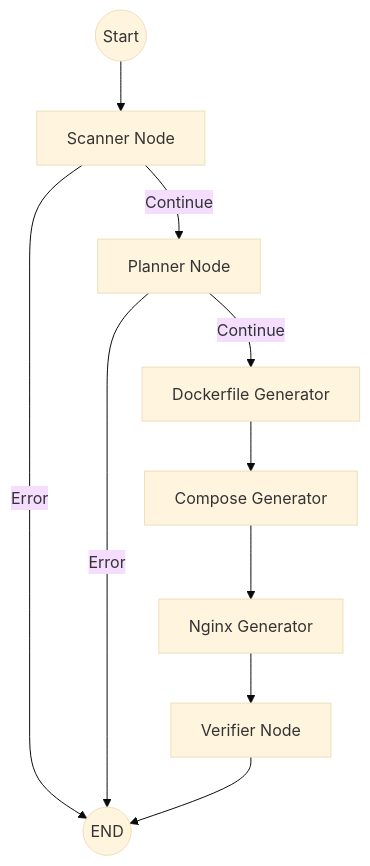
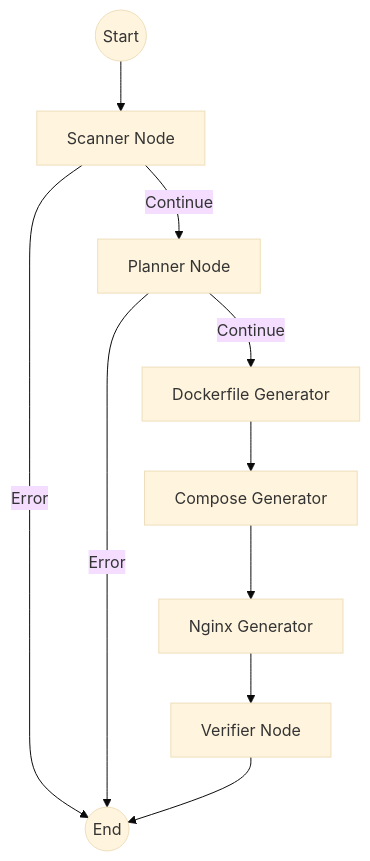
One commit to anirudh-makuluri/sd-artifacts changed the diagram in README.md. Above: the diagram before and after it, drawn with Mermaid (base theme).

````diff
--- a/README.md
+++ b/README.md
@@ -18,14 +18,14 @@
 ```mermaid
 graph TD
-    Start((Start)) --> scan[Scanner Node]
-    scan -->|Error| endNode((END))
-    scan -->|Continue| plan[Planner Node]
+    Start(("Start")) --> scan["Scanner Node"]
+    scan -->|Error| endNode(("End"))
+    scan -->|Continue| plan["Planner Node"]
     
     plan -->|Error| endNode
-    plan -->|Continue| build[Dockerfile Generator]
+    plan -->|Continue| build["Dockerfile Generator"]
     
-    build --> compose[Compose Generator]
-    compose --> nginx[Nginx Generator]
-    nginx --> verify[Verifier Node]
+    build --> compose["Compose Generator"]
+    compose --> nginx["Nginx Generator"]
+    nginx --> verify["Verifier Node"]
     verify --> endNode
 ```
````
